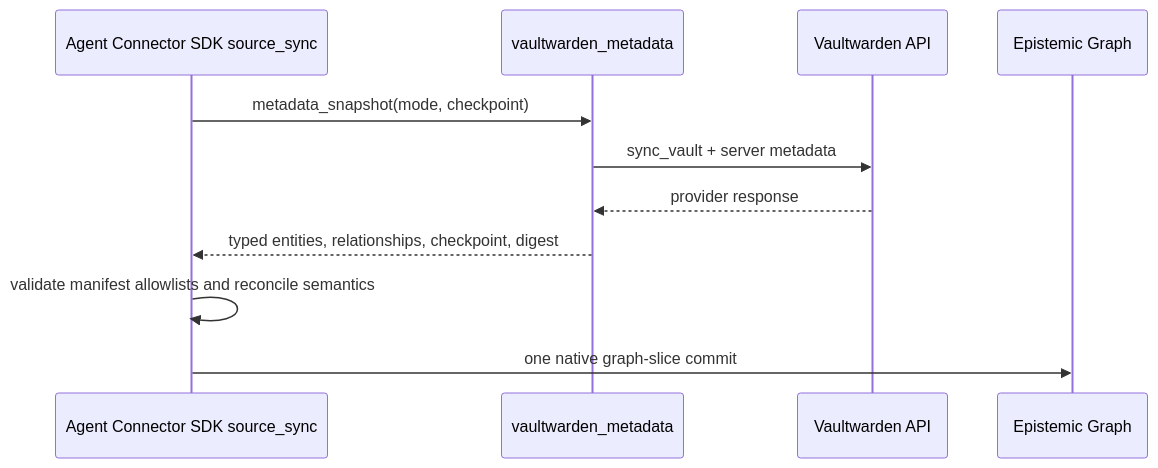
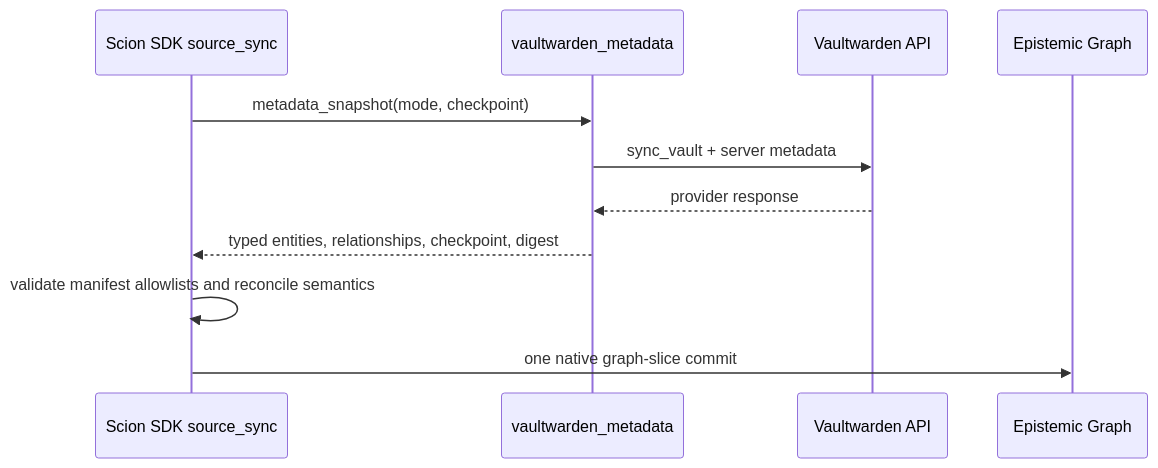
Before and after one commit to Knuckles-Team/vaultwarden-mcp: the diagram in docs/ingestion.md, drawn with Mermaid. The commit also changed other lines of this file and 34 other files, not shown here.

First line of the commit message:
chore: migrate to scion-sdk 0.6.0 (scion_sdk import package)

````diff
--- a/docs/ingestion.md
+++ b/docs/ingestion.md
@@ -8,14 +8,14 @@
 ```mermaid
 sequenceDiagram
-    participant AU as Agent Connector SDK source_sync
+    participant AU as Scion SDK source_sync
     participant MCP as vaultwarden_metadata
     participant VW as Vaultwarden API
     participant EG as Epistemic Graph
 
     AU->>MCP: metadata_snapshot(mode, checkpoint)
     MCP->>VW: sync_vault + server metadata
     VW-->>MCP: provider response
     MCP-->>AU: typed entities, relationships, checkpoint, digest
     AU->>AU: validate manifest allowlists and reconcile semantics
     AU->>EG: one native graph-slice commit
 ```
````
